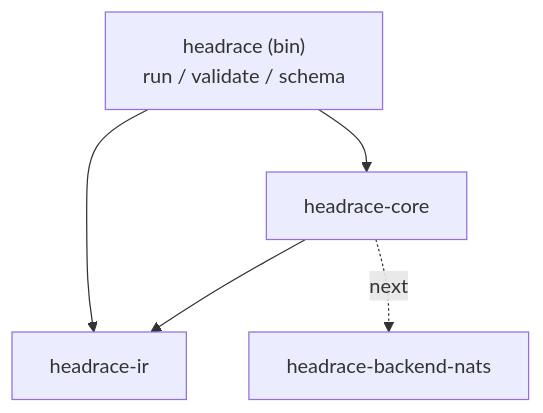
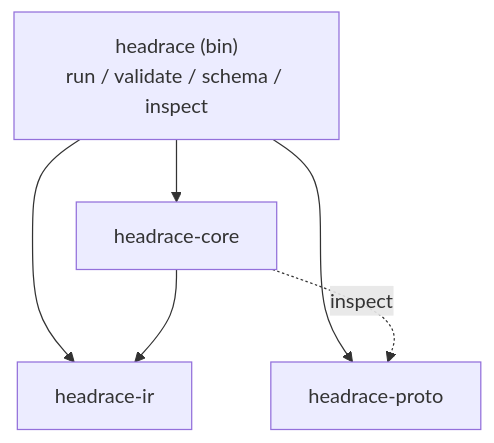
The fifth of 7 diagrams in DESIGN.md (headrace-rs/headrace), drawn with Mermaid before and after one commit. The commit also changed other lines of this file and 1 other file, not shown here.

First line of the commit message:
docs: correct stale crate layout and roadmap

````diff
--- a/DESIGN.md
+++ b/DESIGN.md
@@ -276,7 +278,8 @@
 ```mermaid
 flowchart TD
-  cli["headrace (bin)<br/>run / validate / schema"] --> core[headrace-core]
+  cli["headrace (bin)<br/>run / validate / schema / inspect"] --> core[headrace-core]
   cli --> ir[headrace-ir]
+  cli --> proto[headrace-proto]
   core --> ir
-  core -.next.-> nats[headrace-backend-nats]
+  core -.inspect.-> proto
 ```
````
